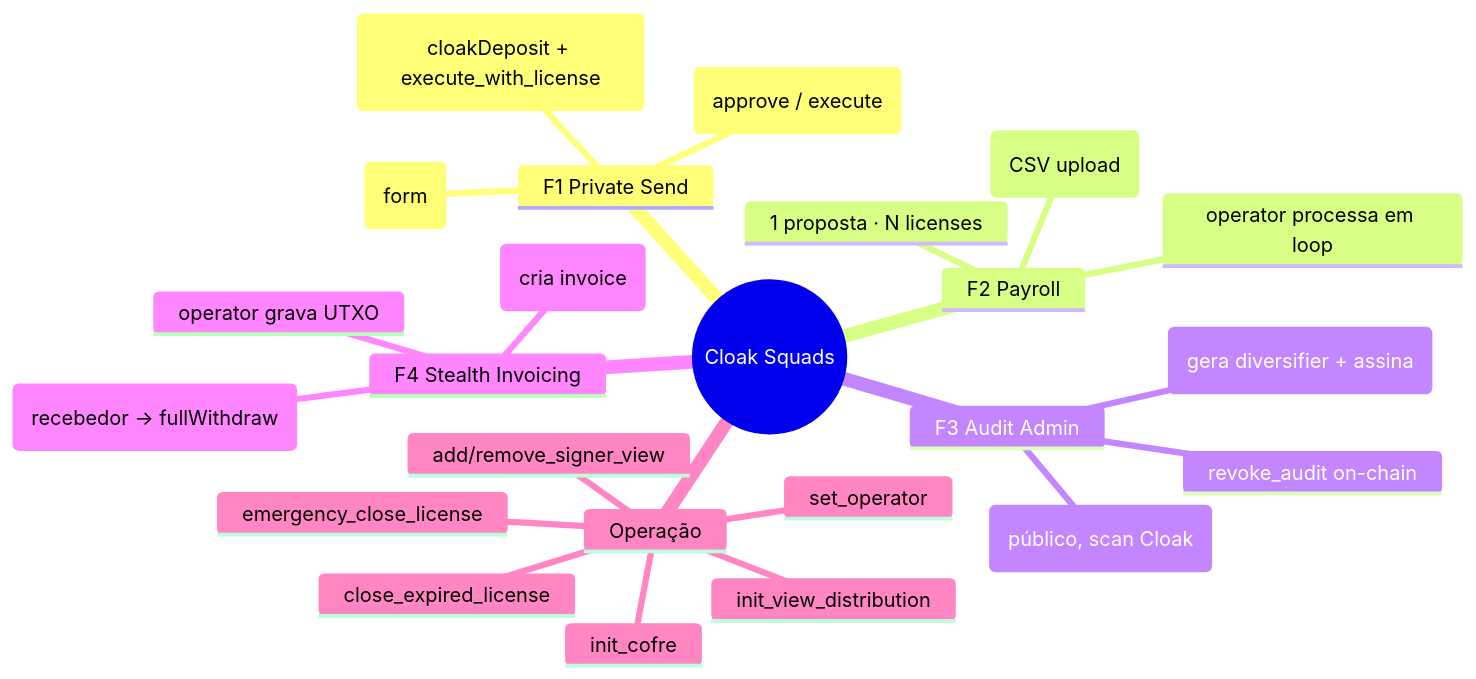
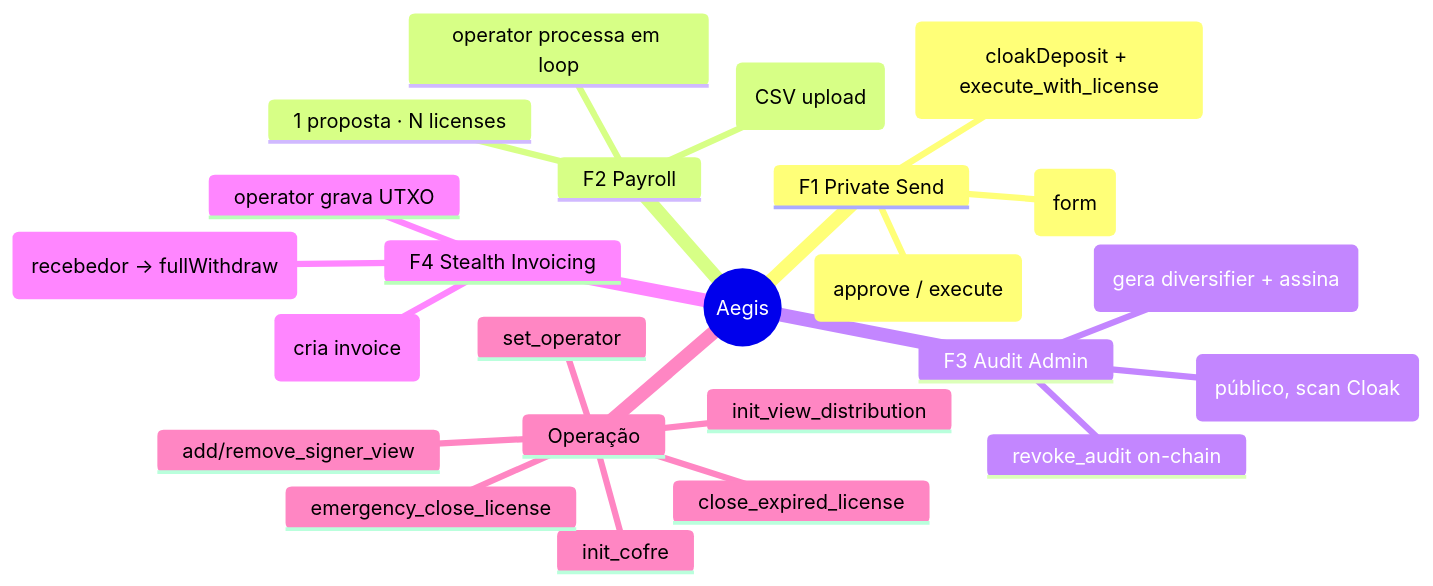
One commit to lrafasouza/cloak-squads changed diagram 11 of 13 in docs/SYSTEM_DIAGRAMS.md. Above: the diagram before and after it, drawn with Mermaid. The commit also changed other lines of this file and 5 other files, not shown here.

Commit message:
docs: rename "Cloak Squads" -> "Aegis" in README and core docs

````diff
--- a/docs/SYSTEM_DIAGRAMS.md
+++ b/docs/SYSTEM_DIAGRAMS.md
@@ -466,27 +466,27 @@
 ```mermaid
 mindmap
-  root((Cloak Squads))
+  root((Aegis))
     F1 Private Send
       /send (form)
       proposals/:id (approve / execute)
       operator (cloakDeposit + execute_with_license)
     F2 Payroll
       /payroll (CSV upload)
       1 proposta · N licenses
       operator processa em loop
     F3 Audit Admin
       /audit (gera diversifier + assina)
       /audit/:linkId (público, scan Cloak)
       revoke_audit on-chain
     F4 Stealth Invoicing
       /invoice (cria invoice)
       operator grava UTXO
       /claim/:id (recebedor → fullWithdraw)
     Operação
       init_cofre
       init_view_distribution
       add/remove_signer_view
       set_operator
       close_expired_license
       emergency_close_license
 ```
````
